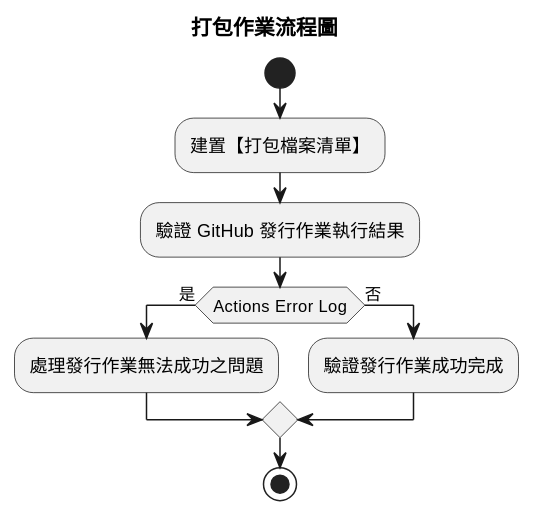
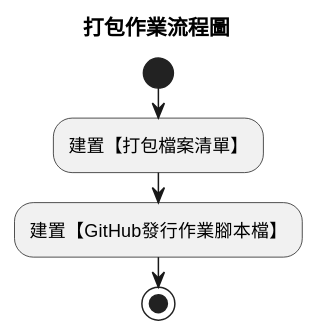
Before and after one commit to AlanJui/rime-bp: the second of 4 diagrams in tools/_200_版本發行作業指引.md, drawn with PlantUML. The commit also changed other lines of this file and 43 other files, not shown here.

````diff
--- a/tools/_200_版本發行作業指引.md
+++ b/tools/_200_版本發行作業指引.md
@@ -39,15 +23,10 @@
 ```plantuml
 @startuml github_publish_procedure
 title 打包作業流程圖
 
 start
 :建置【打包檔案清單】;
-:驗證 GitHub 發行作業執行結果;
-if (Actions Error Log) then (是)
-    :處理發行作業無法成功之問題;
-else (否)
-    :驗證發行作業成功完成;
-endif
+:建置【GitHub發行作業腳本檔】;
 stop
 @enduml
 ```
````
